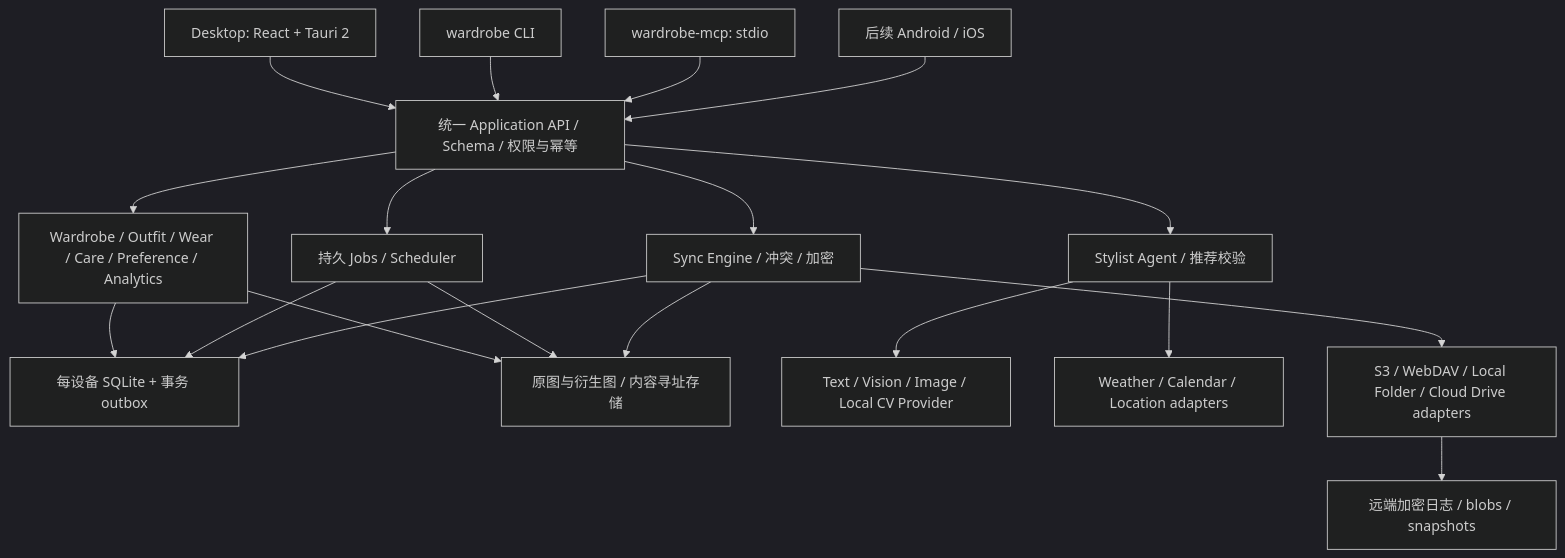
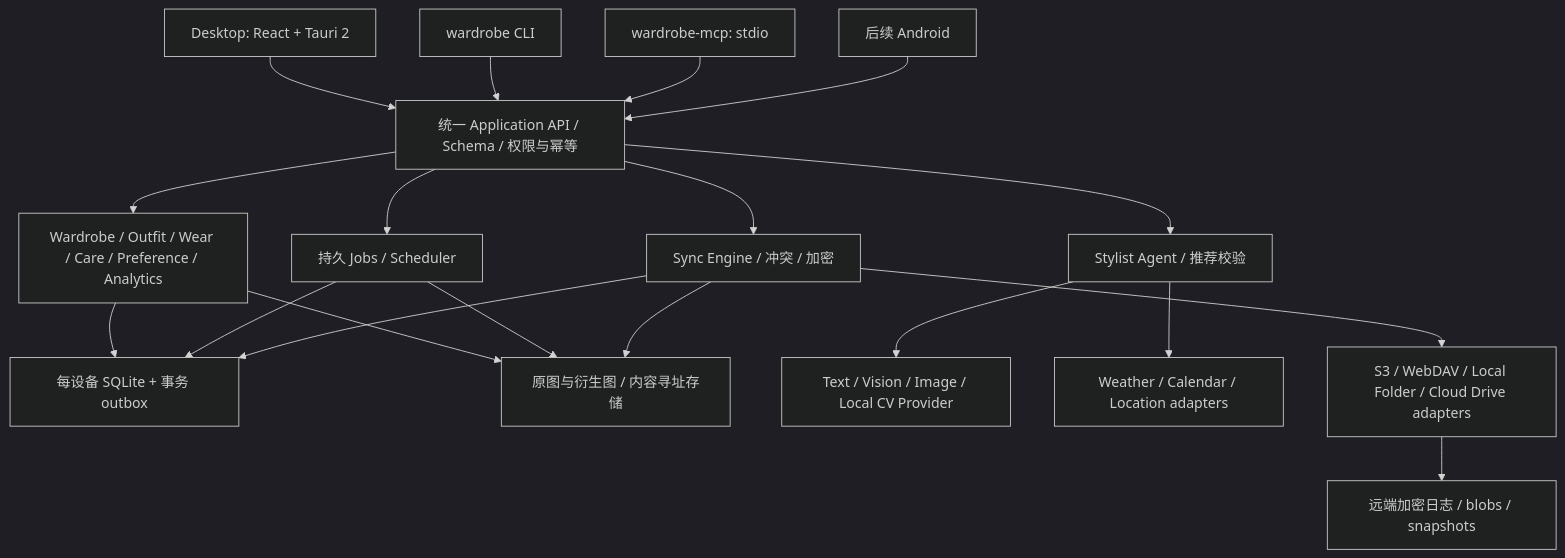
The diagram in docs/03-最终架构.md (MingStudentSE/wardrobe-agent), drawn with Mermaid (dark theme) before and after one commit. The commit also changed other lines of this file and 6 other files, not shown here.

````diff
--- a/docs/03-最终架构.md
+++ b/docs/03-最终架构.md
@@ -9,25 +9,25 @@
 ```mermaid
 flowchart TB
   GUI[Desktop: React + Tauri 2]
   CLI[wardrobe CLI]
   MCP[wardrobe-mcp: stdio]
-  MOB[后续 Android / iOS]
+  MOB[后续 Android]
   GUI --> APP[统一 Application API / Schema / 权限与幂等]
   CLI --> APP
   MCP --> APP
   MOB --> APP
   APP --> DOMAIN[Wardrobe / Outfit / Wear / Care / Preference / Analytics]
   APP --> AGENT[Stylist Agent / 推荐校验]
   APP --> JOB[持久 Jobs / Scheduler]
   APP --> SYNC[Sync Engine / 冲突 / 加密]
   DOMAIN --> DB[每设备 SQLite + 事务 outbox]
   JOB --> DB
   SYNC --> DB
   DOMAIN --> MEDIA[原图与衍生图 / 内容寻址存储]
   JOB --> MEDIA
   AGENT --> PROVIDER[Text / Vision / Image / Local CV Provider]
   AGENT --> CONTEXT[Weather / Calendar / Location adapters]
   SYNC --> TRANS[S3 / WebDAV / Local Folder / Cloud Drive adapters]
   SYNC --> MEDIA
   TRANS --> REMOTE[远端加密日志 / blobs / snapshots]
 ```
````
